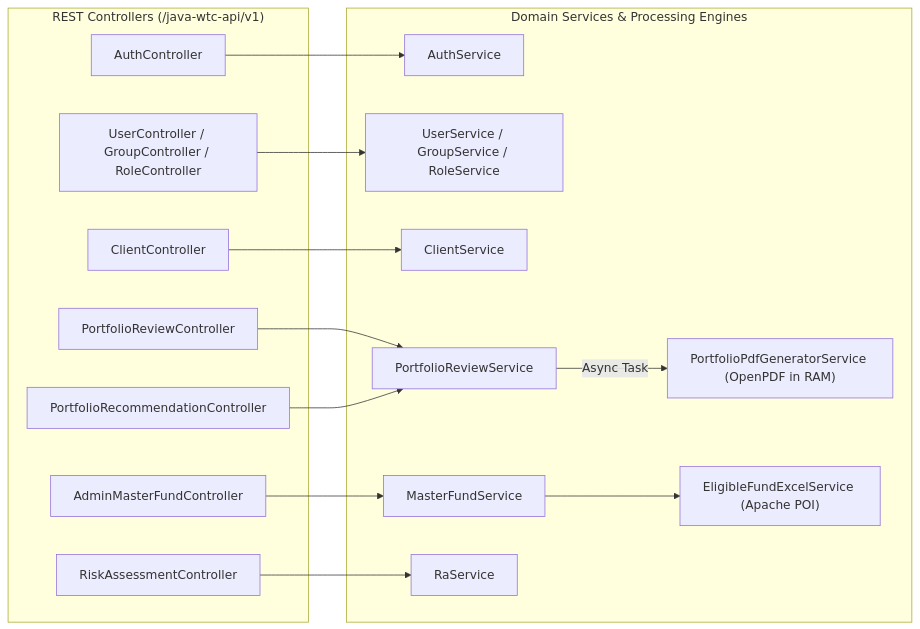
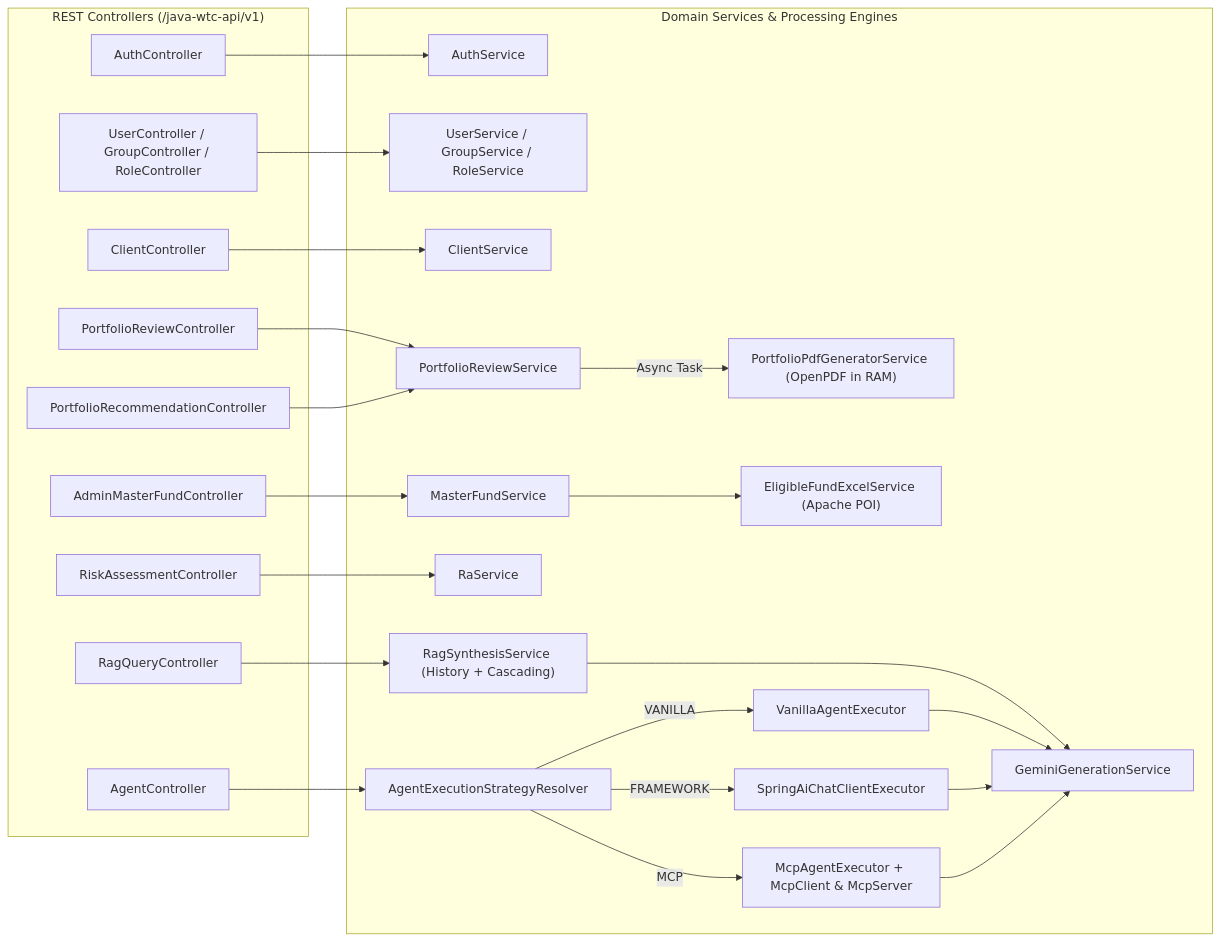
The third of 39 diagrams in docs/Uml_Diagrams.md (NatsuDrag9/wealth-tech-crm), drawn with Mermaid before and after one commit. The commit also changed other lines of this file and 1 other file, not shown here.

Commit message:
docs(java): document tri-mode AI agentic architecture and UML diagrams

````diff
--- a/docs/Uml_Diagrams.md
+++ b/docs/Uml_Diagrams.md
@@ -54,33 +54,50 @@
 ```mermaid
 flowchart LR
     subgraph Controllers["REST Controllers (/java-wtc-api/v1)"]
         AC["AuthController"]
         UC["UserController / GroupController / RoleController"]
         CC["ClientController"]
         PRC["PortfolioReviewController"]
         REC["PortfolioRecommendationController"]
         MFC["AdminMasterFundController"]
         RC["RiskAssessmentController"]
+        RQC["RagQueryController"]
+        AGC["AgentController"]
     end
 
     subgraph Services["Domain Services & Processing Engines"]
         AS["AuthService"]
         US["UserService / GroupService / RoleService"]
         CS["ClientService"]
         PRS["PortfolioReviewService"]
         PDF["PortfolioPdfGeneratorService (OpenPDF in RAM)"]
         MFS["MasterFundService"]
         POI["EligibleFundExcelService (Apache POI)"]
         RS["RaService"]
+        RGS["RagSynthesisService (History + Cascading)"]
+        GGS["GeminiGenerationService"]
+        AGR["AgentExecutionStrategyResolver"]
+        VES["VanillaAgentExecutor"]
+        FES["SpringAiChatClientExecutor"]
+        MES["McpAgentExecutor + McpClient & McpServer"]
     end
 
     AC --> AS
     UC --> US
     CC --> CS
     PRC --> PRS
     REC --> PRS
     PRS -->|Async Task| PDF
     MFC --> MFS
     MFS --> POI
     RC --> RS
+    RQC --> RGS
+    RGS --> GGS
+    AGC --> AGR
+    AGR -->|VANILLA| VES
+    AGR -->|FRAMEWORK| FES
+    AGR -->|MCP| MES
+    VES --> GGS
+    FES --> GGS
+    MES --> GGS
 ```
````
